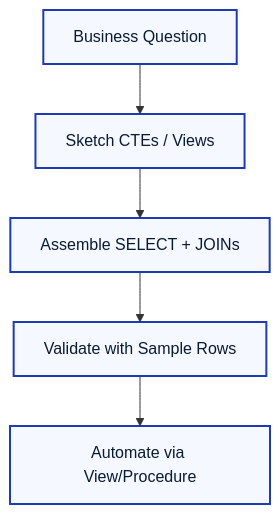
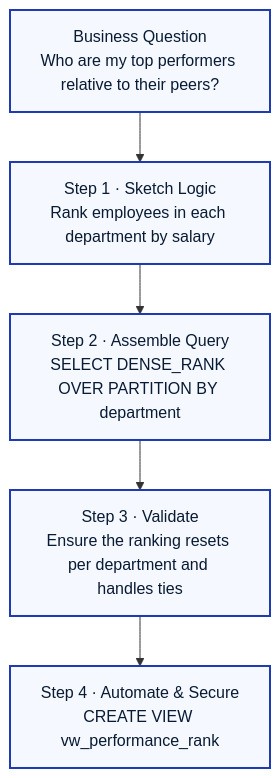
One commit to ehsan18t/interdocs changed the second of 2 diagrams in docs/dbms/ch5-advanced-sql.md. Above: the diagram before and after it, drawn with Mermaid. The commit also changed other lines of this file, not shown here.

````diff
--- a/docs/dbms/ch5-advanced-sql.md
+++ b/docs/dbms/ch5-advanced-sql.md
@@ -762,11 +1136,12 @@
 ```mermaid
 flowchart TD
-  idea[Business Question]
-  sketch[Sketch CTEs / Views]
-  assemble[Assemble SELECT + JOINs]
-  validate[Validate with Sample Rows]
-  automate[Automate via View/Procedure]
-  idea --> sketch --> assemble --> validate --> automate
-  classDef step fill:#f5f8ff,stroke:#1f3bb3,color:#081b33,stroke-width:2px;
-  class idea,sketch,assemble,validate,automate step;
+    idea["Business Question<br/>Who are my top performers relative to their peers?"]
+    sketch["Step 1 · Sketch Logic<br/>Rank employees in each department by salary"]
+    assemble["Step 2 · Assemble Query<br/>SELECT DENSE_RANK OVER PARTITION BY department"]
+    validate["Step 3 · Validate<br/>Ensure the ranking resets per department and handles ties"]
+    automate["Step 4 · Automate & Secure<br/>CREATE VIEW vw_performance_rank"]
+
+    idea --> sketch --> assemble --> validate --> automate
+    classDef step fill:#f5f8ff,stroke:#1f3bb3,color:#081b33,stroke-width:2px;
+    class idea,sketch,assemble,validate,automate step;
 ```
````
